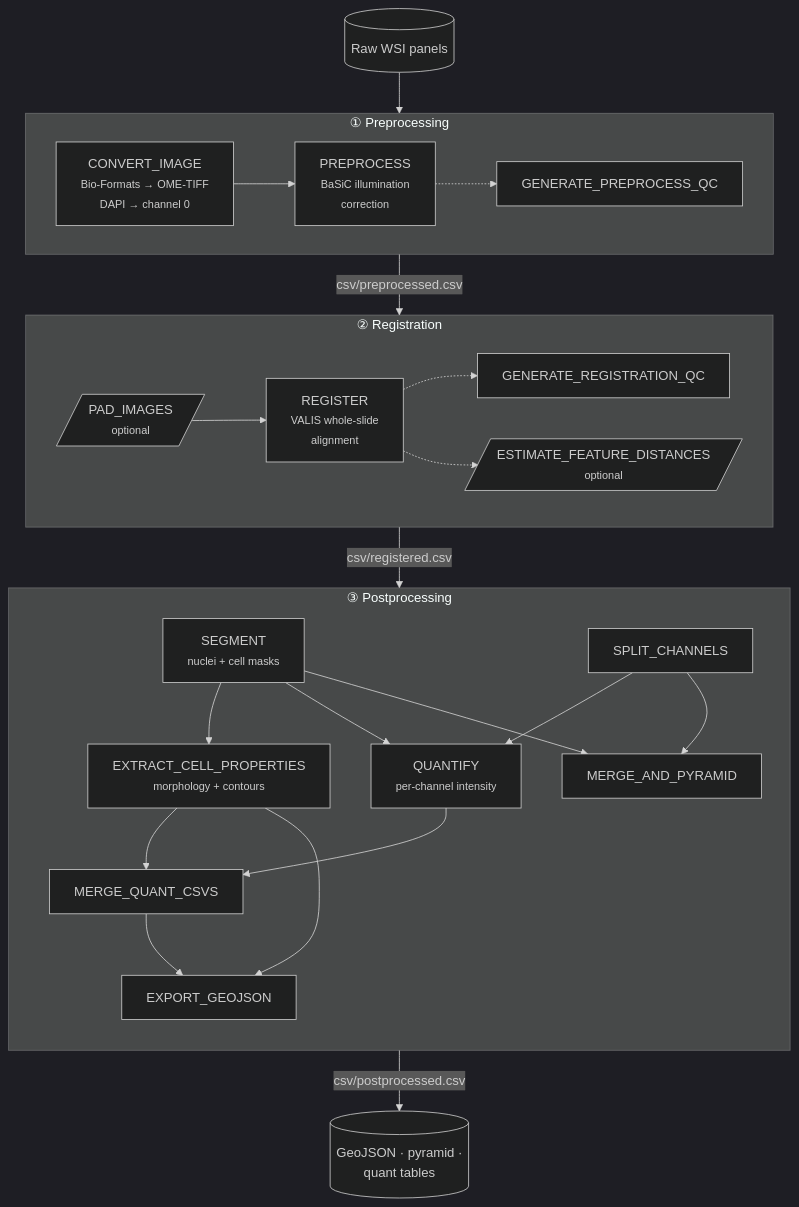
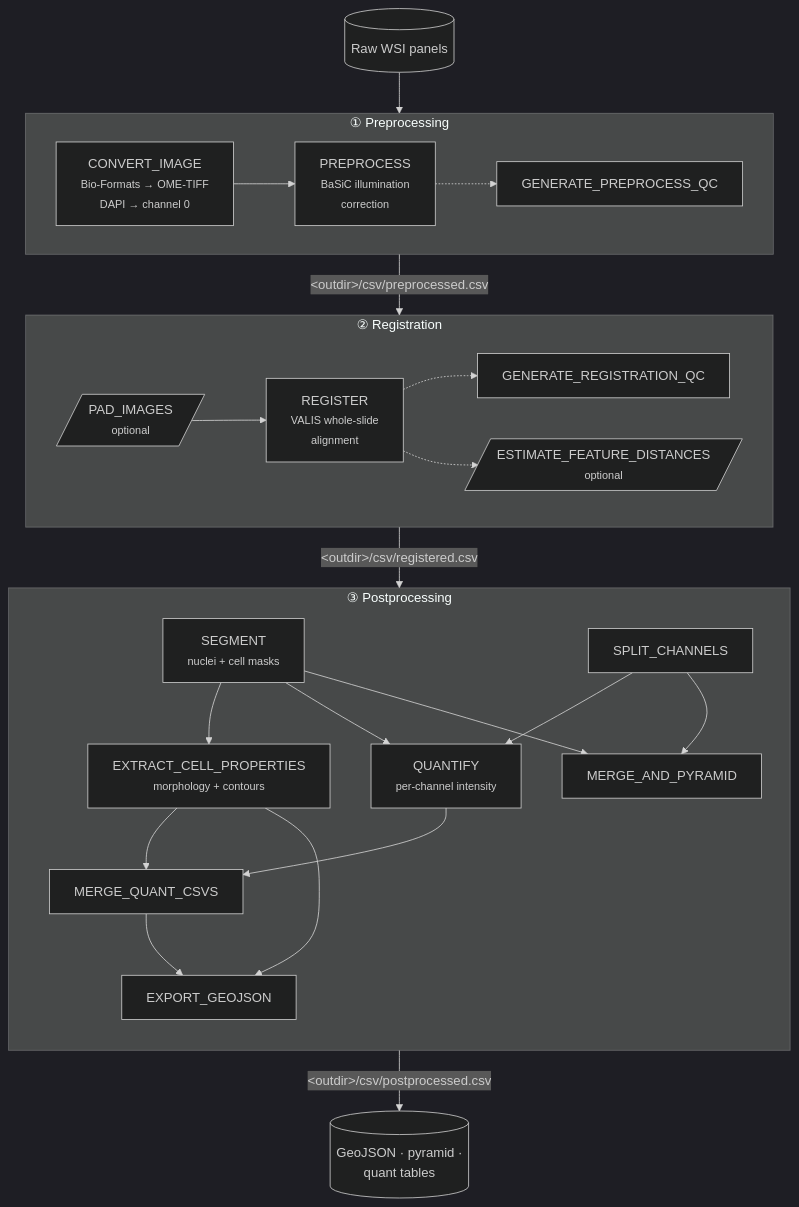
The first of 2 diagrams in docs/workflow.md (sceriff0/ateia), drawn with Mermaid (dark theme) before and after one commit. The commit also changed other lines of this file and 24 other files, not shown here.

````diff
--- a/docs/workflow.md
+++ b/docs/workflow.md
@@ -19,36 +19,36 @@
 ```mermaid
 flowchart TB
     subgraph PRE["①  Preprocessing"]
       direction LR
       CI[CONVERT_IMAGE<br/><small>Bio-Formats → OME-TIFF<br/>DAPI → channel 0</small>] --> PP[PREPROCESS<br/><small>BaSiC illumination<br/>correction</small>]
       PP -.-> PQC[GENERATE_PREPROCESS_QC]
     end
     subgraph REG["②  Registration"]
       direction LR
       PAD[/PAD_IMAGES<br/><small>optional</small>/] --> RG[REGISTER<br/><small>VALIS whole-slide<br/>alignment</small>]
       RG -.-> RQC[GENERATE_REGISTRATION_QC]
       RG -.-> EFD[/ESTIMATE_FEATURE_DISTANCES<br/><small>optional</small>/]
     end
     subgraph POST["③  Postprocessing"]
       direction TB
       SEG[SEGMENT<br/><small>nuclei + cell masks</small>]
       SC[SPLIT_CHANNELS]
       ECP[EXTRACT_CELL_PROPERTIES<br/><small>morphology + contours</small>]
       Q[QUANTIFY<br/><small>per-channel intensity</small>]
       MQ[MERGE_QUANT_CSVS]
       EG[EXPORT_GEOJSON]
       MP[MERGE_AND_PYRAMID]
       SEG --> ECP
       SEG --> Q
       SC --> Q
       Q --> MQ --> EG
       ECP --> MQ
       ECP --> EG
       SC --> MP
       SEG --> MP
     end
     RAW[(Raw WSI panels)] --> PRE
-    PRE -->|csv/preprocessed.csv| REG
-    REG -->|csv/registered.csv| POST
-    POST -->|csv/postprocessed.csv| OUT[(GeoJSON · pyramid ·<br/>quant tables)]
+    PRE -->|&lt;outdir&gt;/csv/preprocessed.csv| REG
+    REG -->|&lt;outdir&gt;/csv/registered.csv| POST
+    POST -->|&lt;outdir&gt;/csv/postprocessed.csv| OUT[(GeoJSON · pyramid ·<br/>quant tables)]
 ```
````
